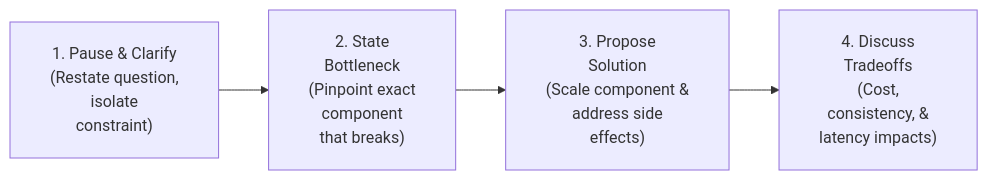
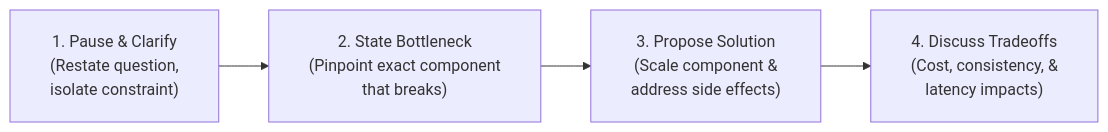
Before and after one commit to dip4k/DSA_102: the third of 3 diagrams in LLD/00_Core_Concepts/10_Interview_Quick_Reference_and_Checklists.md, drawn with Mermaid. The commit also changed other lines of this file and 50 other files, not shown here.

````diff
--- a/LLD/00_Core_Concepts/10_Interview_Quick_Reference_and_Checklists.md
+++ b/LLD/00_Core_Concepts/10_Interview_Quick_Reference_and_Checklists.md
@@ -283,7 +362,7 @@
 ```mermaid
 %%{init: {"flowchart": {"htmlLabels": true, "padding": 20}, "themeCSS": "foreignObject { overflow: visible !important; }"}}%%
 flowchart LR
-    A["1. Pause & Clarify<br/>(Restate question,<br/>isolate<br/>constraint)"] --> B["2. State<br/>Bottleneck<br/>(Pinpoint exact<br/>component<br/>that breaks)"]
-    B --> C["3. Propose<br/>Solution<br/>(Scale component &<br/>address side<br/>effects)"]
-    C --> D["4. Discuss<br/>Tradeoffs<br/>(Cost,<br/>consistency, &<br/>latency impacts)"]
+    A["1. Pause & Clarify<br/>(Restate question,<br/>isolate constraint)"] --> B["2. State Bottleneck<br/>(Pinpoint exact component<br/>that breaks)"]
+    B --> C["3. Propose Solution<br/>(Scale component &<br/>address side effects)"]
+    C --> D["4. Discuss Tradeoffs<br/>(Cost, consistency, &<br/>latency impacts)"]
 ```
````
